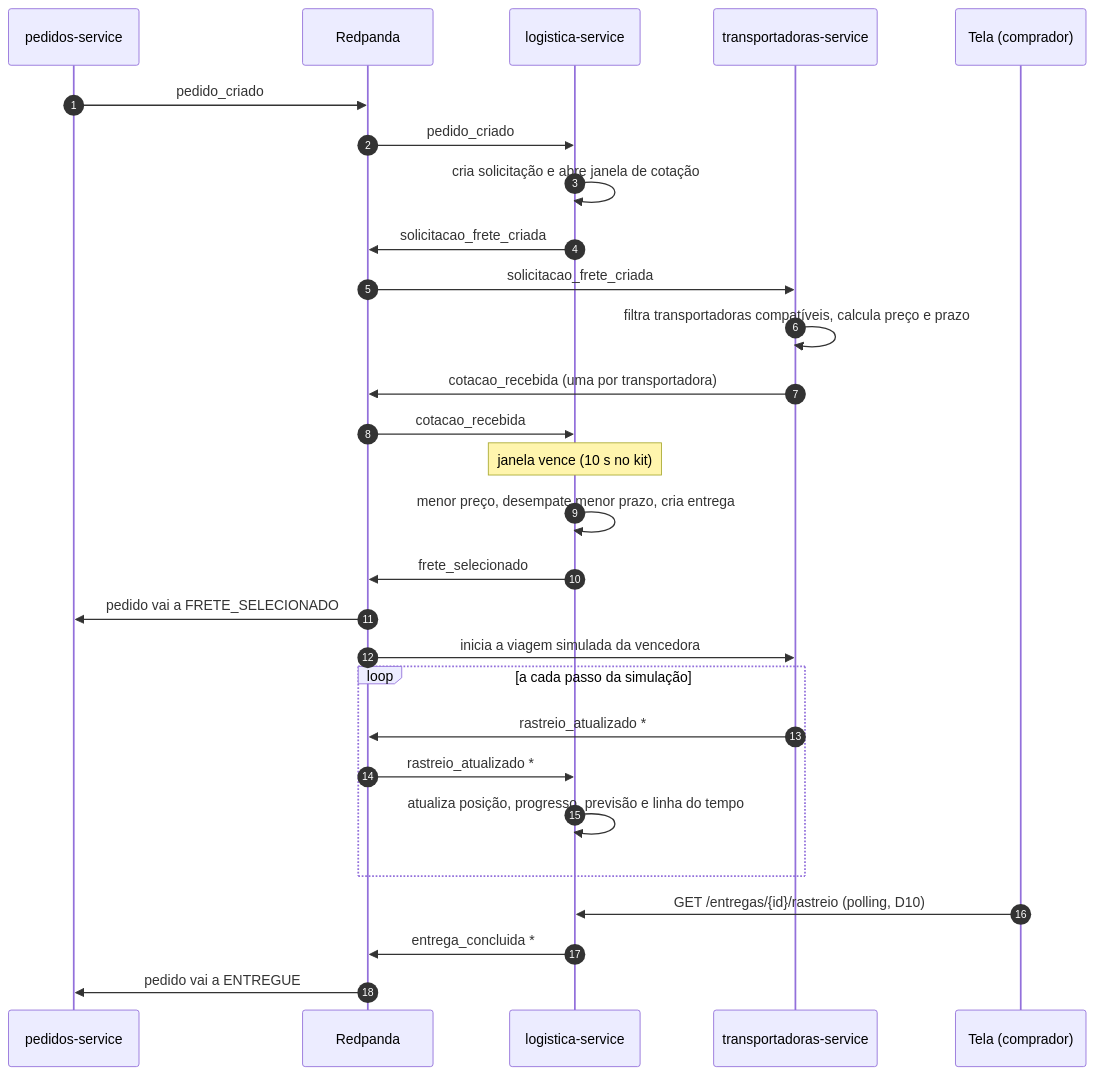
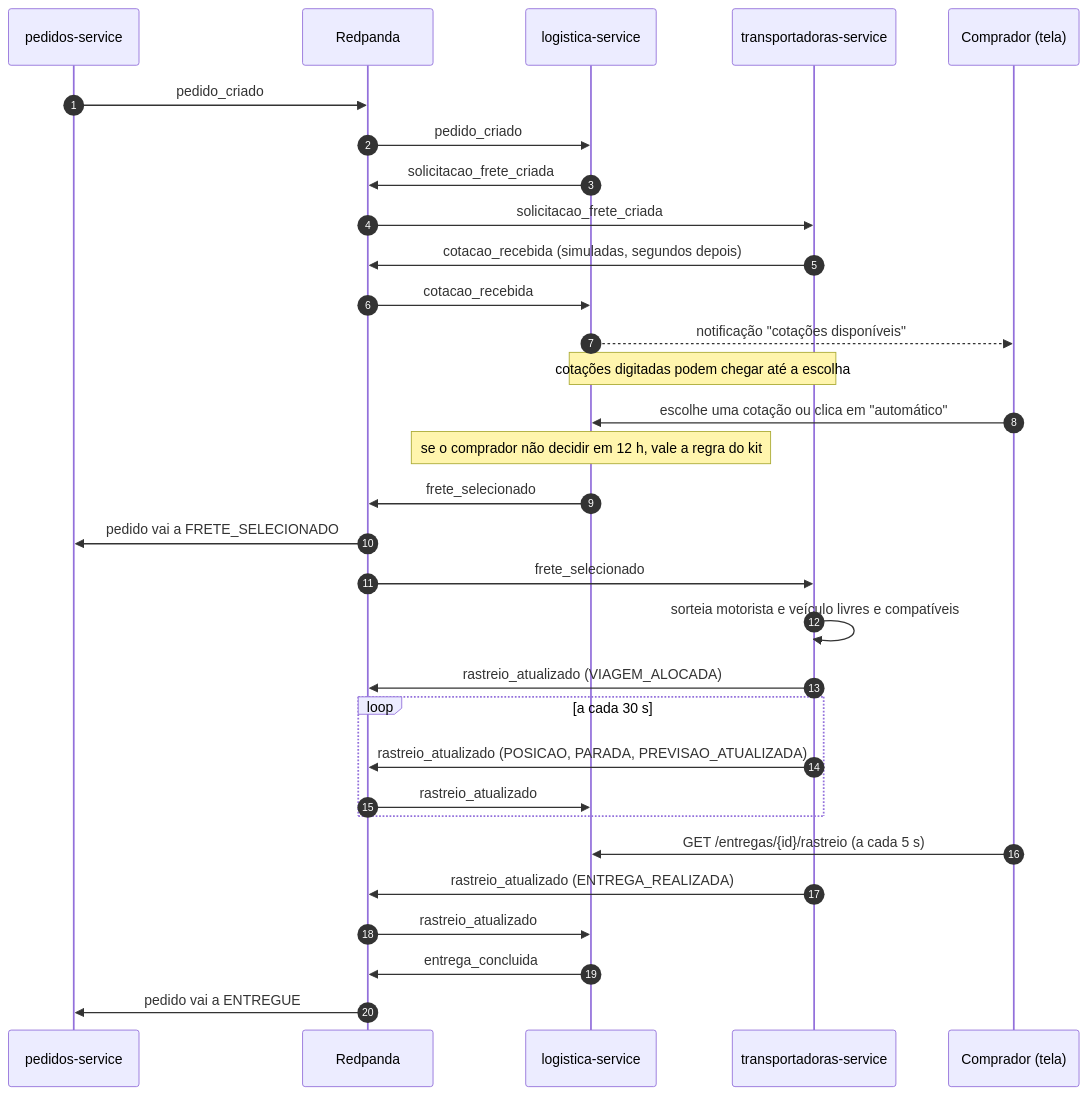
One commit to ArrozbR/portal-b2b-logistica-transporte changed the second of 4 diagrams in docs/02-arquitetura-proposta.md. Above: the diagram before and after it, drawn with Mermaid. The commit also changed other lines of this file and 9 other files, not shown here.

````diff
--- a/docs/02-arquitetura-proposta.md
+++ b/docs/02-arquitetura-proposta.md
@@ -60,31 +63,34 @@
 ```mermaid
 sequenceDiagram
     autonumber
     participant PED as pedidos-service
     participant K as Redpanda
     participant LOG as logistica-service
     participant TRP as transportadoras-service
-    participant FE as Tela (comprador)
+    participant C as Comprador (tela)
 
     PED->>K: pedido_criado
     K->>LOG: pedido_criado
-    LOG->>LOG: cria solicitação e abre janela de cotação
     LOG->>K: solicitacao_frete_criada
     K->>TRP: solicitacao_frete_criada
-    TRP->>TRP: filtra transportadoras compatíveis, calcula preço e prazo
-    TRP->>K: cotacao_recebida (uma por transportadora)
+    TRP->>K: cotacao_recebida (simuladas, segundos depois)
     K->>LOG: cotacao_recebida
-    Note over LOG: janela vence (10 s no kit)
-    LOG->>LOG: menor preço, desempate menor prazo, cria entrega
+    LOG-->>C: notificação "cotações disponíveis"
+    Note over TRP,LOG: cotações digitadas podem chegar até a escolha
+    C->>LOG: escolhe uma cotação ou clica em "automático"
+    Note over LOG: se o comprador não decidir em 12 h, vale a regra do kit
     LOG->>K: frete_selecionado
     K->>PED: pedido vai a FRETE_SELECIONADO
-    K->>TRP: inicia a viagem simulada da vencedora
-    loop a cada passo da simulação
-        TRP->>K: rastreio_atualizado *
-        K->>LOG: rastreio_atualizado *
-        LOG->>LOG: atualiza posição, progresso, previsão e linha do tempo
+    K->>TRP: frete_selecionado
+    TRP->>TRP: sorteia motorista e veículo livres e compatíveis
+    TRP->>K: rastreio_atualizado (VIAGEM_ALOCADA)
+    loop a cada 30 s
+        TRP->>K: rastreio_atualizado (POSICAO, PARADA, PREVISAO_ATUALIZADA)
+        K->>LOG: rastreio_atualizado
     end
-    FE->>LOG: GET /entregas/{id}/rastreio (polling, D10)
-    LOG->>K: entrega_concluida *
+    C->>LOG: GET /entregas/{id}/rastreio (a cada 5 s)
+    TRP->>K: rastreio_atualizado (ENTREGA_REALIZADA)
+    K->>LOG: rastreio_atualizado
+    LOG->>K: entrega_concluida
     K->>PED: pedido vai a ENTREGUE
 ```
````
